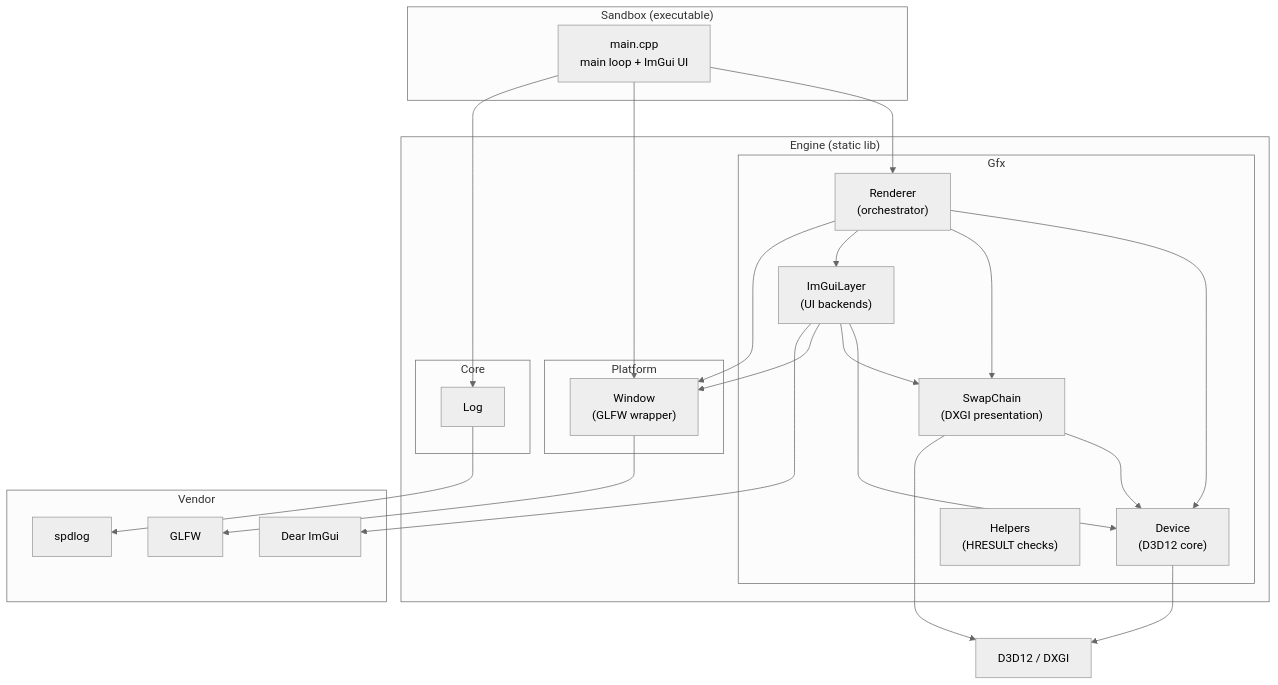
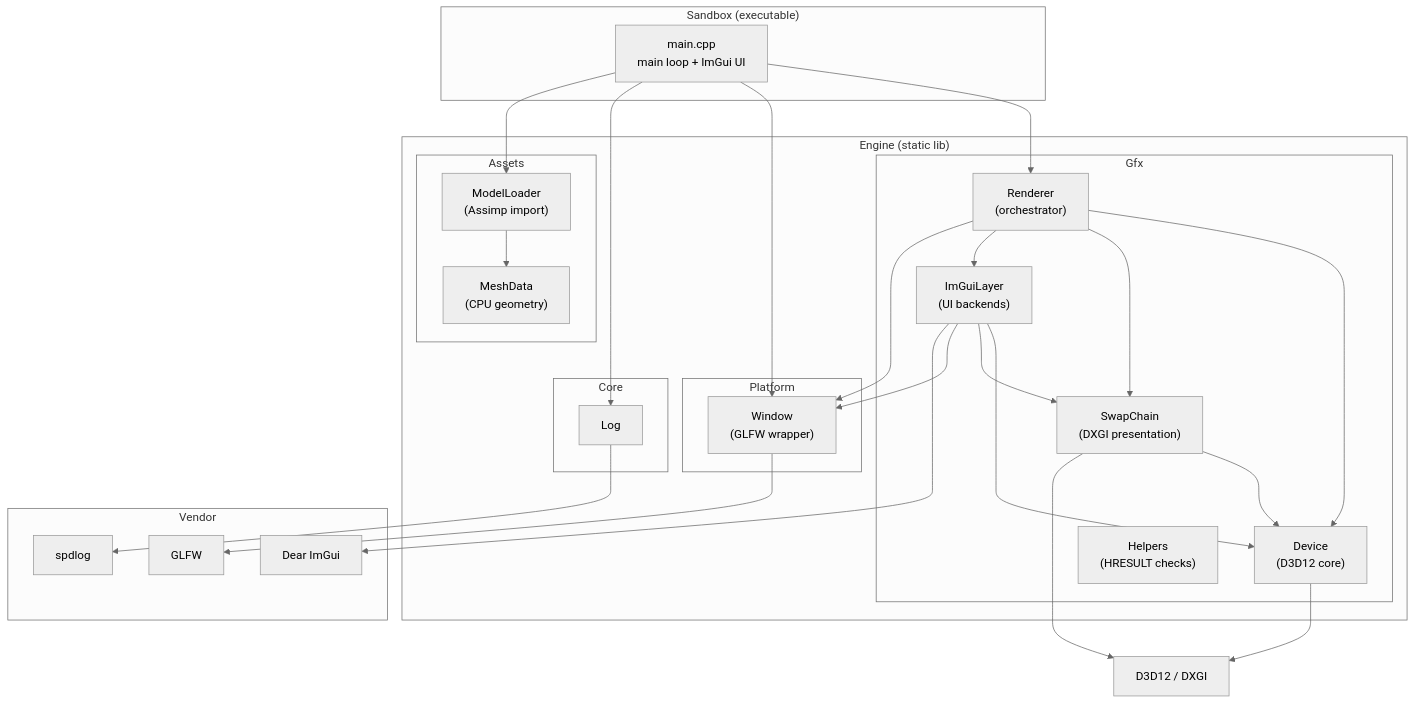
The first of 4 diagrams in docs/ARCHITECTURE.md (RomanovV/SummerEngine), drawn with Mermaid (neutral theme) before and after one commit. The commit also changed other lines of this file and 9 other files, not shown here.

First line of the commit message:
Add Assimp-based CPU mesh loading (Step 6).

````diff
--- a/docs/ARCHITECTURE.md
+++ b/docs/ARCHITECTURE.md
@@ -35,50 +35,58 @@
 ```mermaid
 graph TB
     subgraph Sandbox["Sandbox (executable)"]
         Main["main.cpp<br/>main loop + ImGui UI"]
     end
 
     subgraph Engine["Engine (static lib)"]
         subgraph Core["Core"]
             Log["Log"]
         end
 
         subgraph Platform["Platform"]
             Window["Window<br/>(GLFW wrapper)"]
         end
 
         subgraph Gfx["Gfx"]
             Renderer["Renderer<br/>(orchestrator)"]
             Device["Device<br/>(D3D12 core)"]
             SwapChain["SwapChain<br/>(DXGI presentation)"]
             ImGuiLayer["ImGuiLayer<br/>(UI backends)"]
             Helpers["Helpers<br/>(HRESULT checks)"]
         end
+
+        subgraph Assets["Assets"]
+            ModelLoader["ModelLoader<br/>(Assimp import)"]
+            MeshData["MeshData<br/>(CPU geometry)"]
+        end
     end
 
     subgraph Vendor["Vendor"]
         GLFW["GLFW"]
         ImGui["Dear ImGui"]
         SPDLOG["spdlog"]
     end
 
     Main --> Renderer
     Main --> Window
     Main --> Log
+    Main --> ModelLoader
+
+    ModelLoader --> MeshData
 
     Renderer --> Device
     Renderer --> SwapChain
     Renderer --> ImGuiLayer
     Renderer --> Window
 
     SwapChain --> Device
     ImGuiLayer --> Device
     ImGuiLayer --> SwapChain
     ImGuiLayer --> Window
 
     Window --> GLFW
     ImGuiLayer --> ImGui
     Log --> SPDLOG
     Device --> D3D12["D3D12 / DXGI"]
     SwapChain --> D3D12
 ```
````
